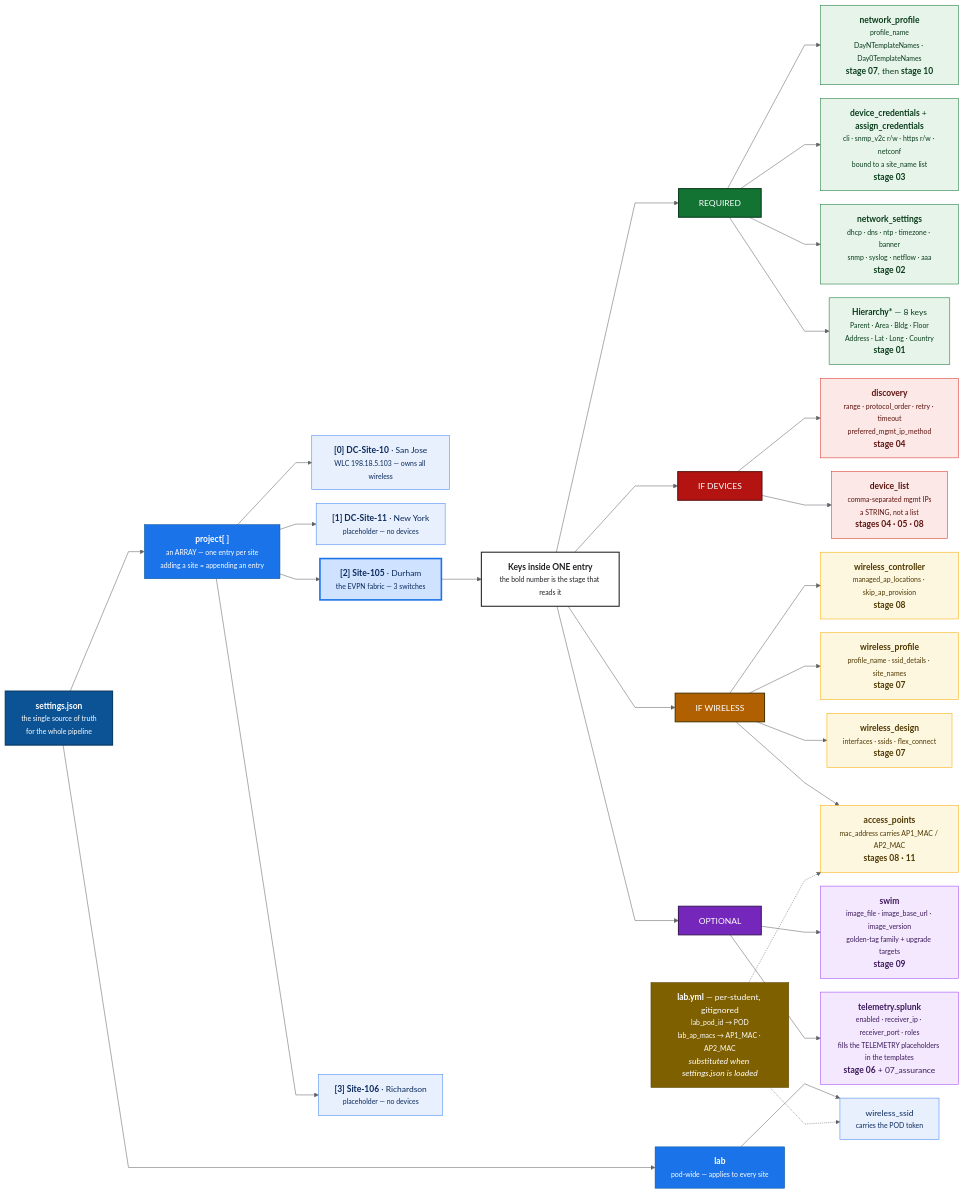
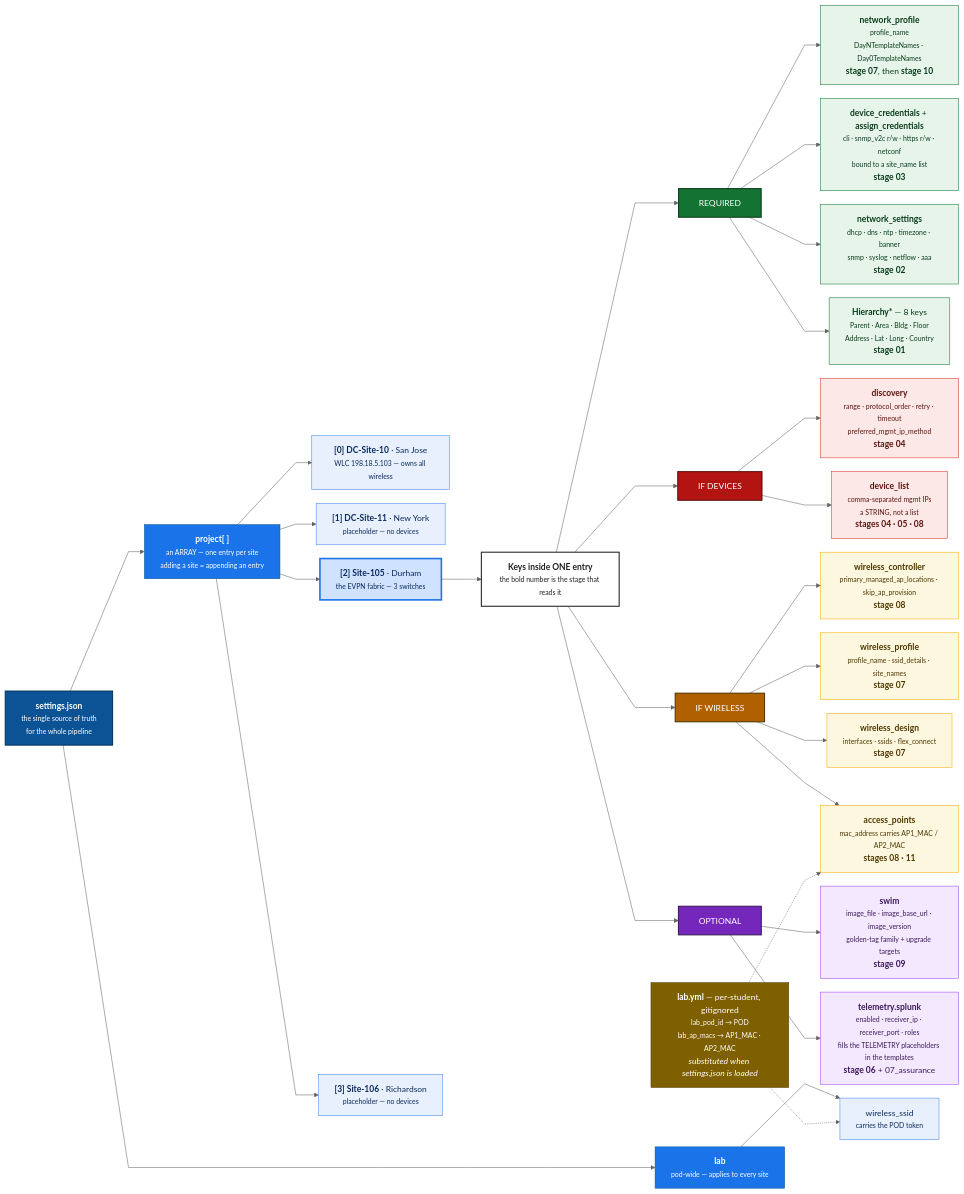
The diagram in ansible-automation/01_campus/evpn/Settings/images/settings-json-map.mmd (imanassypov/cisco-one-experience-lab-automation), drawn with Mermaid before and after one commit. The commit also changed 9 other files, not shown here.

```diff
--- a/ansible-automation/01_campus/evpn/Settings/images/settings-json-map.mmd
+++ b/ansible-automation/01_campus/evpn/Settings/images/settings-json-map.mmd
@@ -1,89 +1,89 @@
 ---
 config:
   theme: base
   themeVariables:
     fontSize: 16px
     fontFamily: "Helvetica Neue, Helvetica, Arial, sans-serif"
     lineColor: "#5f6368"
   flowchart:
     curve: linear
     nodeSpacing: 26
     rankSpacing: 60
 ---
 flowchart LR
 
   ROOT["<b>settings.json</b><br/><span style='font-size:13px'>the single source of truth<br/>for the whole pipeline</span>"]
 
 %% ── Top level ───────────────────────────────────────────────────────────────
   LAB["<b>lab</b><br/><span style='font-size:13px'>pod-wide — applies to every site</span>"]
   PROJ["<b>project[ ]</b><br/><span style='font-size:13px'>an ARRAY — one entry per site<br/>adding a site = appending an entry</span>"]
 
   ROOT --> LAB
   ROOT --> PROJ
 
   LAB --> LAB1["wireless_ssid<br/><span style='font-size:13px'>carries the POD token</span>"]
 
 %% ── The four entries that exist today ──────────────────────────────────────
   PROJ --> E1["<b>[0] DC-Site-10</b> · San Jose<br/><span style='font-size:13px'>WLC 198.18.5.103 — owns all wireless</span>"]
   PROJ --> E2["<b>[1] DC-Site-11</b> · New York<br/><span style='font-size:13px'>placeholder — no devices</span>"]
   PROJ --> E3["<b>[2] Site-105</b> · Durham<br/><span style='font-size:13px'>the EVPN fabric — 3 switches</span>"]
   PROJ --> E4["<b>[3] Site-106</b> · Richardson<br/><span style='font-size:13px'>placeholder — no devices</span>"]
 
 %% ── Anatomy of one entry ───────────────────────────────────────────────────
   E3 --> ANAT["<b>Keys inside ONE entry</b><br/><span style='font-size:13px'>the bold number is the stage that reads it</span>"]
 
   ANAT --> GOPT["&nbsp;&nbsp;OPTIONAL&nbsp;&nbsp;"]
   ANAT --> GWIFI["&nbsp;&nbsp;IF WIRELESS&nbsp;&nbsp;"]
   ANAT --> GDEV["&nbsp;&nbsp;IF DEVICES&nbsp;&nbsp;"]
   ANAT --> GREQ["&nbsp;&nbsp;REQUIRED&nbsp;&nbsp;"]
 
   GOPT --> K11["<b>telemetry.splunk</b><br/><span style='font-size:13px'>enabled · receiver_ip · receiver_port · roles<br/>fills the TELEMETRY placeholders in the templates</span><br/><b>stage 06</b> + 07_assurance"]
   GOPT --> K12["<b>swim</b><br/><span style='font-size:13px'>image_file · image_base_url · image_version<br/>golden-tag family + upgrade targets</span><br/><b>stage 09</b>"]
 
   GWIFI --> K7["<b>wireless_design</b><br/><span style='font-size:13px'>interfaces · ssids · flex_connect</span><br/><b>stage 07</b>"]
   GWIFI --> K8["<b>wireless_profile</b><br/><span style='font-size:13px'>profile_name · ssid_details · site_names</span><br/><b>stage 07</b>"]
-  GWIFI --> K9["<b>wireless_controller</b><br/><span style='font-size:13px'>managed_ap_locations · skip_ap_provision</span><br/><b>stage 08</b>"]
+  GWIFI --> K9["<b>wireless_controller</b><br/><span style='font-size:13px'>primary_managed_ap_locations · skip_ap_provision</span><br/><b>stage 08</b>"]
   GWIFI --> K10["<b>access_points</b><br/><span style='font-size:13px'>mac_address carries AP1_MAC / AP2_MAC</span><br/><b>stages 08 · 11</b>"]
 
   GDEV --> K5["<b>device_list</b><br/><span style='font-size:13px'>comma-separated mgmt IPs<br/>a STRING, not a list</span><br/><b>stages 04 · 05 · 08</b>"]
   GDEV --> K6["<b>discovery</b><br/><span style='font-size:13px'>range · protocol_order · retry · timeout<br/>preferred_mgmt_ip_method</span><br/><b>stage 04</b>"]
 
   GREQ --> K1["<b>Hierarchy*</b> — 8 keys<br/><span style='font-size:13px'>Parent · Area · Bldg · Floor<br/>Address · Lat · Long · Country</span><br/><b>stage 01</b>"]
   GREQ --> K2["<b>network_settings</b><br/><span style='font-size:13px'>dhcp · dns · ntp · timezone · banner<br/>snmp · syslog · netflow · aaa</span><br/><b>stage 02</b>"]
   GREQ --> K3["<b>device_credentials</b> + <b>assign_credentials</b><br/><span style='font-size:13px'>cli · snmp_v2c r/w · https r/w · netconf<br/>bound to a site_name list</span><br/><b>stage 03</b>"]
   GREQ --> K4["<b>network_profile</b><br/><span style='font-size:13px'>profile_name<br/>DayNTemplateNames · Day0TemplateNames</span><br/><b>stage 07</b>, then <b>stage 10</b>"]
 
 %% ── Tokens are filled from outside the file ────────────────────────────────
   POD["<b>lab.yml</b> — per-student, gitignored<br/><span style='font-size:13px'>lab_pod_id → POD<br/>lab_ap_macs → AP1_MAC · AP2_MAC</span><br/><i>substituted when settings.json is loaded</i>"]
   POD -.-> LAB1
   POD -.-> K10
 
   classDef root fill:#0b5394,stroke:#073763,color:#ffffff,stroke-width:2px
   classDef top fill:#1a73e8,stroke:#0b5394,color:#ffffff
   classDef entry fill:#e8f0fe,stroke:#4285f4,color:#0b2a5b
   classDef live fill:#cfe2ff,stroke:#1a73e8,color:#0b2a5b,stroke-width:3px
   classDef anat fill:#ffffff,stroke:#202124,color:#202124,stroke-width:2px
   classDef hreq fill:#137333,stroke:#0b3d1c,color:#ffffff,stroke-width:2px
   classDef hdev fill:#b31412,stroke:#5c1410,color:#ffffff,stroke-width:2px
   classDef hwifi fill:#b06000,stroke:#4d3800,color:#ffffff,stroke-width:2px
   classDef hopt fill:#7627bb,stroke:#3d1a5c,color:#ffffff,stroke-width:2px
   classDef req fill:#e6f4ea,stroke:#137333,color:#0b3d1c
   classDef dev fill:#fce8e6,stroke:#d93025,color:#5c1410
   classDef wifi fill:#fef7e0,stroke:#f9ab00,color:#4d3800
   classDef opt fill:#f3e8fd,stroke:#a142f4,color:#3d1a5c
   classDef pod fill:#7f6000,stroke:#5c4500,color:#ffffff
 
   class ROOT root
   class LAB,PROJ top
   class LAB1,E1,E2,E4 entry
   class E3 live
   class ANAT anat
   class GREQ hreq
   class GDEV hdev
   class GWIFI hwifi
   class GOPT hopt
   class K1,K2,K3,K4 req
   class K5,K6 dev
   class K7,K8,K9,K10 wifi
   class K11,K12 opt
   class POD pod
```
